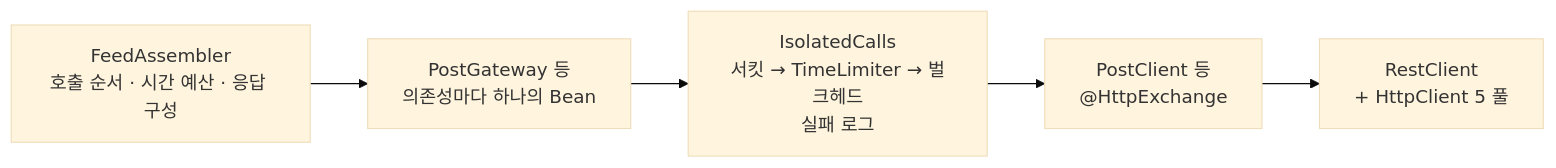
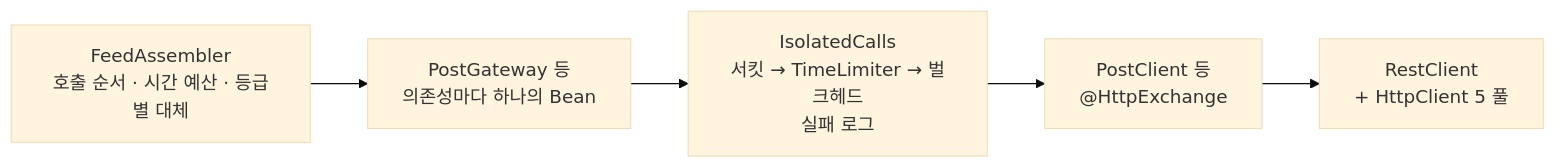
Before and after one commit to Vryez11/Weave: the third of 4 diagrams in docs/architecture.md, drawn with Mermaid (base theme). The commit also changed other lines of this file and 2 other files, not shown here.

First line of the commit message:
docs(architecture): 등급별 대체 구현을 5-2와 6장에 맞춘다 (F-002)

````diff
--- a/docs/architecture.md
+++ b/docs/architecture.md
@@ -180,7 +180,7 @@
 ```mermaid
 flowchart LR
-    asm["FeedAssembler<br/>호출 순서 · 시간 예산 · 응답 구성"] --> gw["PostGateway 등<br/>의존성마다 하나의 Bean"]
+    asm["FeedAssembler<br/>호출 순서 · 시간 예산 · 등급별 대체"] --> gw["PostGateway 등<br/>의존성마다 하나의 Bean"]
     gw --> iso["IsolatedCalls<br/>서킷 → TimeLimiter → 벌크헤드<br/>실패 로그"]
     iso --> http["PostClient 등<br/>@HttpExchange"]
     http --> rc["RestClient<br/>+ HttpClient 5 풀"]
 ```
````
